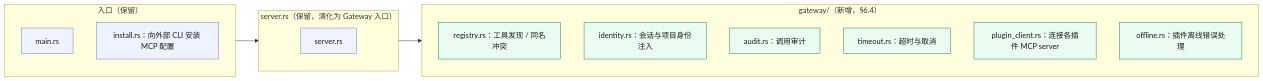
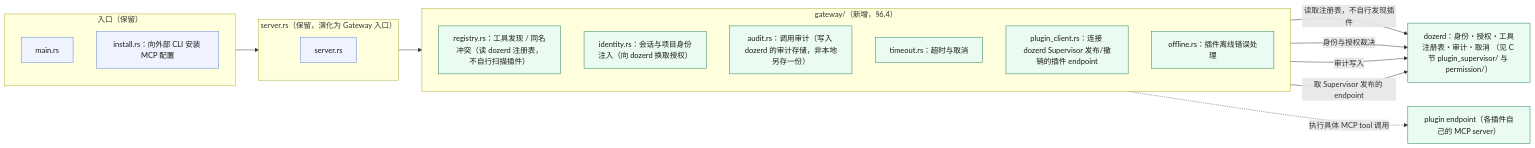
Before and after one commit to byteboyai/dozer: the fifth of 14 diagrams in docs/dozer-v2/dozer-v2静态结构图.md, drawn with Mermaid. The commit also changed other lines of this file and 1 other file, not shown here.

Commit message:
docs(dozer-v2): 静态结构图按审核意见修订；plan 补构造点更正说明

````diff
--- a/docs/dozer-v2/dozer-v2静态结构图.md
+++ b/docs/dozer-v2/dozer-v2静态结构图.md
@@ -445,31 +527,38 @@
 ```mermaid
 flowchart LR
   subgraph mcp_entry["入口（保留）"]
     direction TB
     mcp_main["main.rs"]
     mcp_install["install.rs：向外部 CLI 安装 MCP 配置"]
   end
 
   subgraph mcp_server["server.rs（保留，演化为 Gateway 入口）"]
     direction TB
     mcp_server_rs["server.rs"]
   end
 
   subgraph mcp_gateway["gateway/（新增，§6.4）"]
     direction TB
-    gw_registry["registry.rs：工具发现 / 同名冲突"]
-    gw_identity["identity.rs：会话与项目身份注入"]
-    gw_audit["audit.rs：调用审计"]
+    gw_registry["registry.rs：工具发现 / 同名冲突（读 dozerd 注册表，不自行扫描插件）"]
+    gw_identity["identity.rs：会话与项目身份注入（向 dozerd 换取授权）"]
+    gw_audit["audit.rs：调用审计（写入 dozerd 的审计存储，非本地另存一份）"]
     gw_timeout["timeout.rs：超时与取消"]
-    gw_plugin_client["plugin_client.rs：连接各插件 MCP server"]
+    gw_plugin_client["plugin_client.rs：连接 dozerd Supervisor 发布/撤销的插件 endpoint"]
     gw_offline["offline.rs：插件离线错误处理"]
   end
 
+  daemon_ctrl["dozerd：身份・授权・工具注册表・审计・取消 （见 C 节 plugin_supervisor/ 与 permission/）"]
+
   mcp_entry --> mcp_server
   mcp_server --> mcp_gateway
+  gw_registry -->|"读取注册表，不自行发现插件"| daemon_ctrl
+  gw_identity -->|"身份与授权裁决"| daemon_ctrl
+  gw_audit -->|"审计写入"| daemon_ctrl
+  gw_plugin_client -->|"取 Supervisor 发布的 endpoint"| daemon_ctrl
+  gw_plugin_client -.->|"执行具体 MCP tool 调用"| plugin_ep["plugin endpoint（各插件自己的 MCP server）"]
 
   class mcp_main,mcp_install,mcp_server_rs existing
-  class gw_registry,gw_identity,gw_audit,gw_timeout,gw_plugin_client,gw_offline newcrate
+  class gw_registry,gw_identity,gw_audit,gw_timeout,gw_plugin_client,gw_offline,daemon_ctrl,plugin_ep newcrate
   classDef existing fill:#eef3ff,stroke:#5b7fd1,color:#1c1b17;
   classDef newcrate fill:#eafbf2,stroke:#1f7a52,color:#1c1b17;
 ```
````
